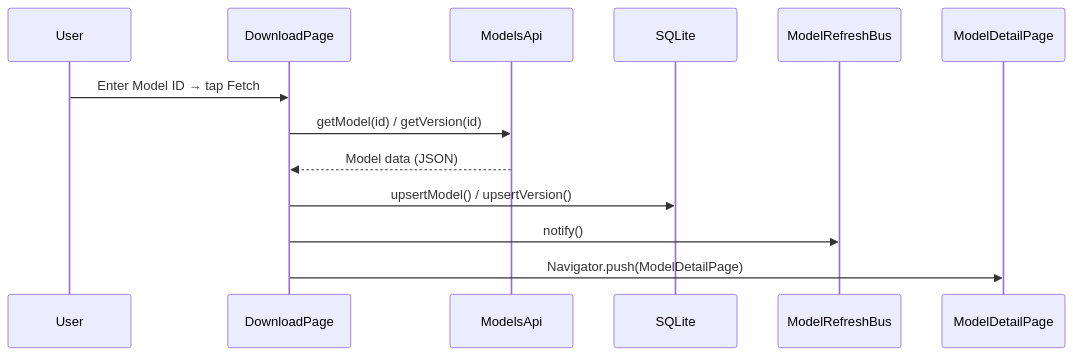
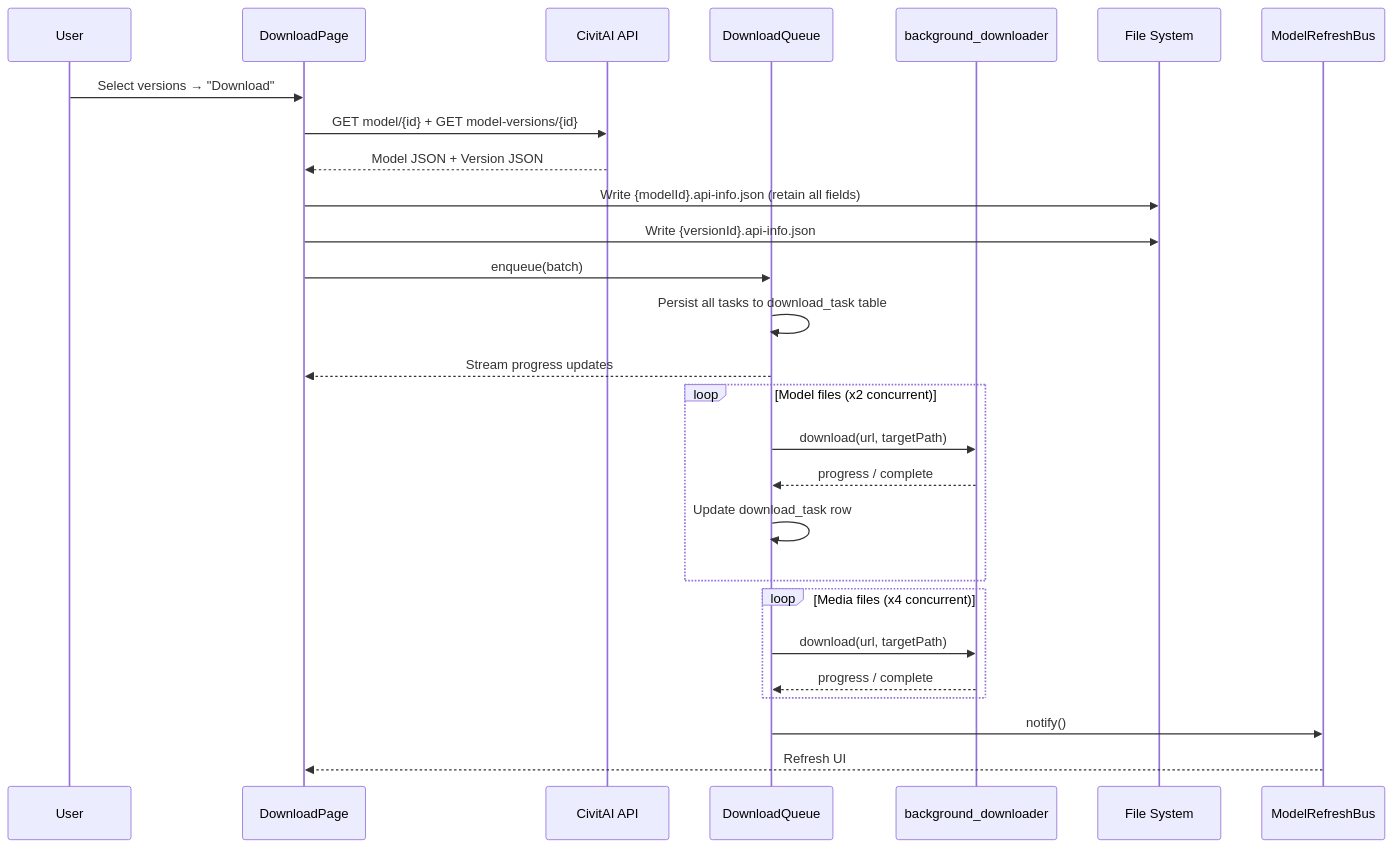
The diagram in lib/ui/download/PLAN.md (UniversalProgressions/flutter_civitai_box), drawn with Mermaid before and after one commit. The commit also changed other lines of this file and 25 other files, not shown here.

First line of the commit message:
docs: add README, finalize PLAN.md and SCHEMA.md

````diff
--- a/lib/ui/download/PLAN.md
+++ b/lib/ui/download/PLAN.md
@@ -85,16 +110,33 @@
 ```mermaid
 sequenceDiagram
     participant U as User
     participant DP as DownloadPage
-    participant API as ModelsApi
-    participant DB as SQLite
+    participant API as CivitAI API
+    participant Q as DownloadQueue
+    participant BDL as background_downloader
+    participant Disk as File System
     participant Bus as ModelRefreshBus
-    participant MDP as ModelDetailPage
 
-    U->>DP: Enter Model ID → tap Fetch
-    DP->>API: getModel(id) / getVersion(id)
-    API-->>DP: Model data (JSON)
-    DP->>DB: upsertModel() / upsertVersion()
-    DP->>Bus: notify()
-    DP->>MDP: Navigator.push(ModelDetailPage)
+    U->>DP: Select versions → "Download"
+    DP->>API: GET model/{id} + GET model-versions/{id}
+    API-->>DP: Model JSON + Version JSON
+    DP->>Disk: Write {modelId}.api-info.json (retain all fields)
+    DP->>Disk: Write {versionId}.api-info.json
+    DP->>Q: enqueue(batch)
+    Q->>Q: Persist all tasks to download_task table
+    Q-->>DP: Stream progress updates
+
+    loop Model files (x2 concurrent)
+        Q->>BDL: download(url, targetPath)
+        BDL-->>Q: progress / complete
+        Q->>Q: Update download_task row
+    end
+
+    loop Media files (x4 concurrent)
+        Q->>BDL: download(url, targetPath)
+        BDL-->>Q: progress / complete
+    end
+
+    Q->>Bus: notify()
+    Bus-->>DP: Refresh UI
 ```
````
